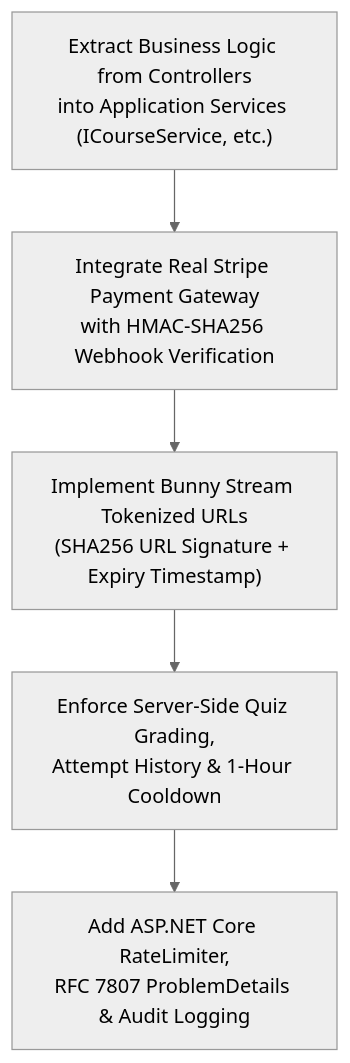
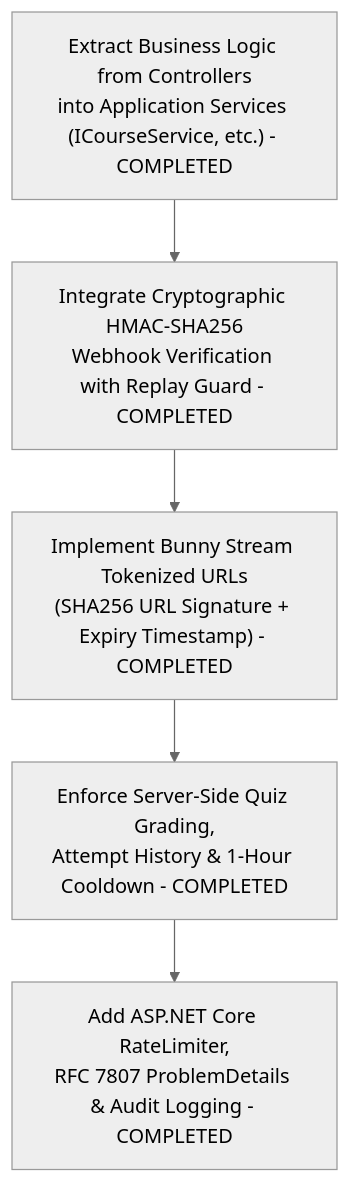
Before and after one commit to davitglonti/totc-elearning: the fourth of 9 diagrams in IMPLEMENTATION_ROADMAP.md, drawn with Mermaid (neutral theme). The commit also changed other lines of this file and 25 other files, not shown here.

Commit message:
feat(backend): complete Phase 2 - Clean Architecture decoupling, signed video playback, exam cooldown, certificates, and rate limiting

````diff
--- a/IMPLEMENTATION_ROADMAP.md
+++ b/IMPLEMENTATION_ROADMAP.md
@@ -205,13 +209,13 @@
 ```mermaid
 flowchart TD
-    DecoupleControllers["Extract Business Logic from Controllers\ninto Application Services (ICourseService, etc.)"]
-    StripeIntegration["Integrate Real Stripe Payment Gateway\nwith HMAC-SHA256 Webhook Verification"]
-    VideoDRM["Implement Bunny Stream Tokenized URLs\n(SHA256 URL Signature + Expiry Timestamp)"]
-    ServerProctoring["Enforce Server-Side Quiz Grading,\nAttempt History & 1-Hour Cooldown"]
-    SecurityHardening["Add ASP.NET Core RateLimiter,\nRFC 7807 ProblemDetails & Audit Logging"]
+    DecoupleControllers["Extract Business Logic from Controllers\ninto Application Services (ICourseService, etc.) - COMPLETED"]
+    StripeIntegration["Integrate Cryptographic HMAC-SHA256\nWebhook Verification with Replay Guard - COMPLETED"]
+    VideoDRM["Implement Bunny Stream Tokenized URLs\n(SHA256 URL Signature + Expiry Timestamp) - COMPLETED"]
+    ServerProctoring["Enforce Server-Side Quiz Grading,\nAttempt History & 1-Hour Cooldown - COMPLETED"]
+    SecurityHardening["Add ASP.NET Core RateLimiter,\nRFC 7807 ProblemDetails & Audit Logging - COMPLETED"]
 
     DecoupleControllers --> StripeIntegration
     StripeIntegration --> VideoDRM
     VideoDRM --> ServerProctoring
     ServerProctoring --> SecurityHardening
 ```
````
